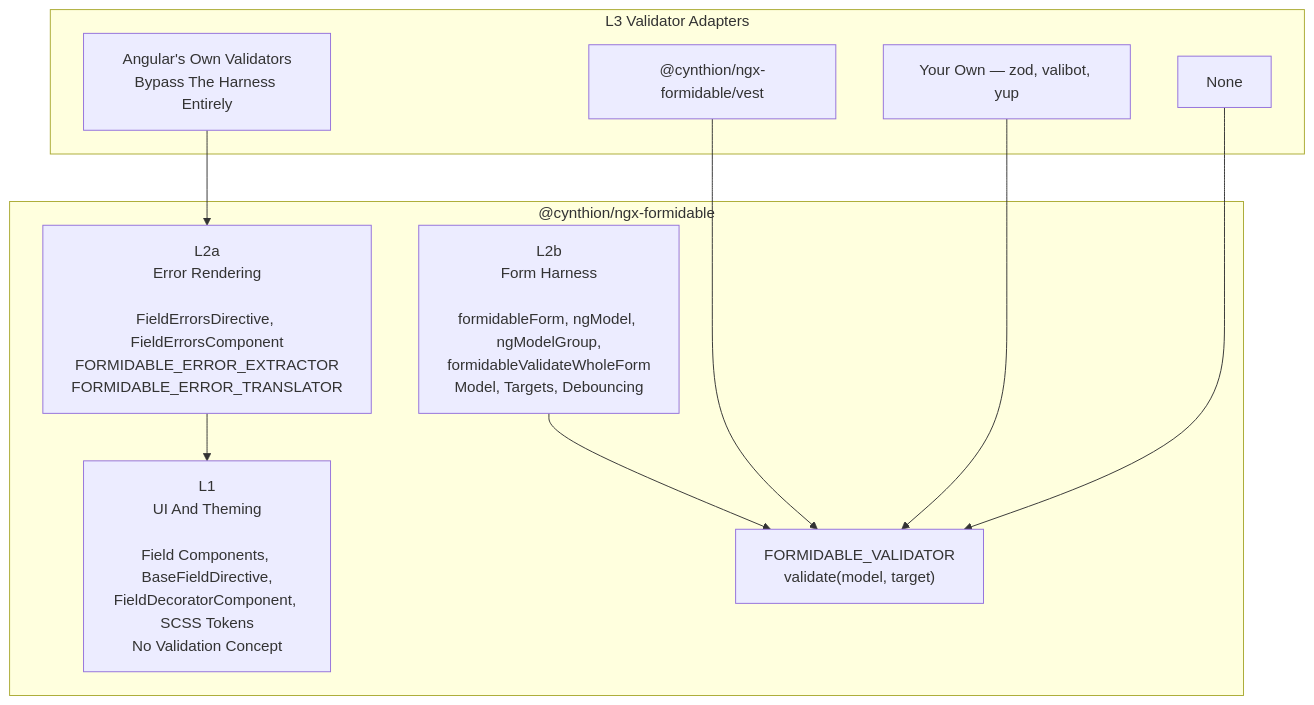
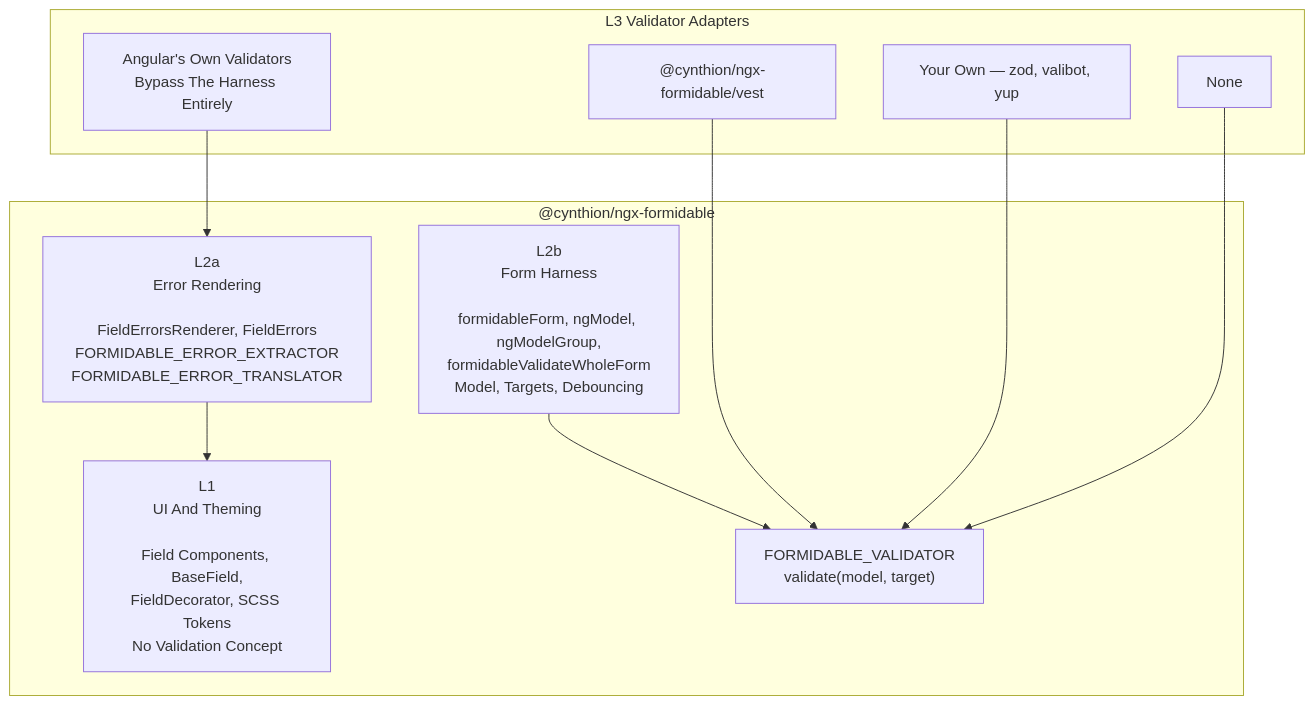
The diagram in .documentation/tech/validation.md (Cynthion/ngx-formidable), drawn with Mermaid before and after one commit. The commit also changed other lines of this file and 373 other files, not shown here.

````diff
--- a/.documentation/tech/validation.md
+++ b/.documentation/tech/validation.md
@@ -7,22 +7,22 @@
 ```mermaid
 flowchart TB
   subgraph Core["@cynthion/ngx-formidable"]
-    L1["L1<br/>UI And Theming<br/><br/>Field Components, BaseFieldDirective,<br/>FieldDecoratorComponent, SCSS Tokens<br/>No Validation Concept"]
-    L2a["L2a<br/>Error Rendering<br/><br/>FieldErrorsDirective, FieldErrorsComponent<br/>FORMIDABLE_ERROR_EXTRACTOR<br/>FORMIDABLE_ERROR_TRANSLATOR"]
+    L1["L1<br/>UI And Theming<br/><br/>Field Components, BaseField,<br/>FieldDecorator, SCSS Tokens<br/>No Validation Concept"]
+    L2a["L2a<br/>Error Rendering<br/><br/>FieldErrorsRenderer, FieldErrors<br/>FORMIDABLE_ERROR_EXTRACTOR<br/>FORMIDABLE_ERROR_TRANSLATOR"]
     L2b["L2b<br/>Form Harness<br/><br/>formidableForm, ngModel, ngModelGroup,<br/>formidableValidateWholeForm<br/>Model, Targets, Debouncing"]
     Seam["FORMIDABLE_VALIDATOR<br/>validate(model, target)"]
   end
   subgraph Adapters["L3 Validator Adapters"]
     Vest["@cynthion/ngx-formidable/vest"]
     Own["Your Own — zod, valibot, yup"]
     Angular["Angular's Own Validators<br/>Bypass The Harness Entirely"]
     None["None"]
   end
 
   L2b --> Seam
   Vest --> Seam
   Own --> Seam
   Angular --> L2a
   None --> Seam
   L2a --> L1
 ```
````
